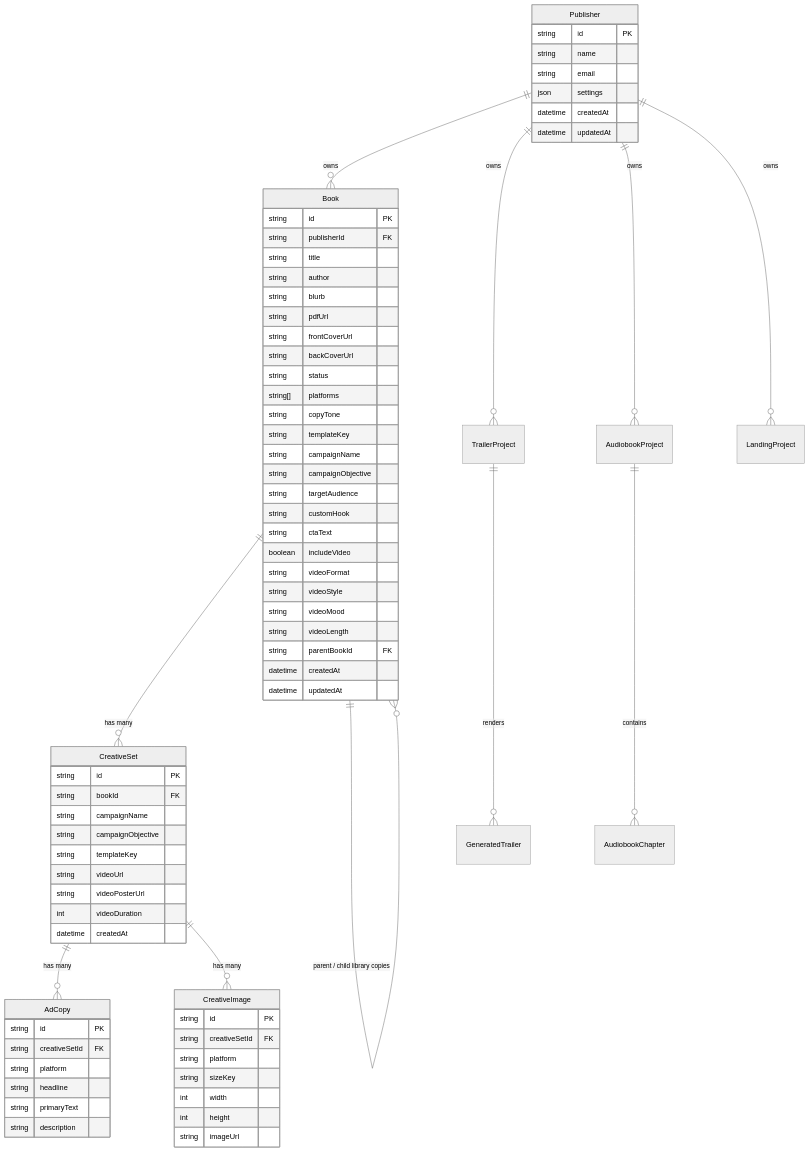
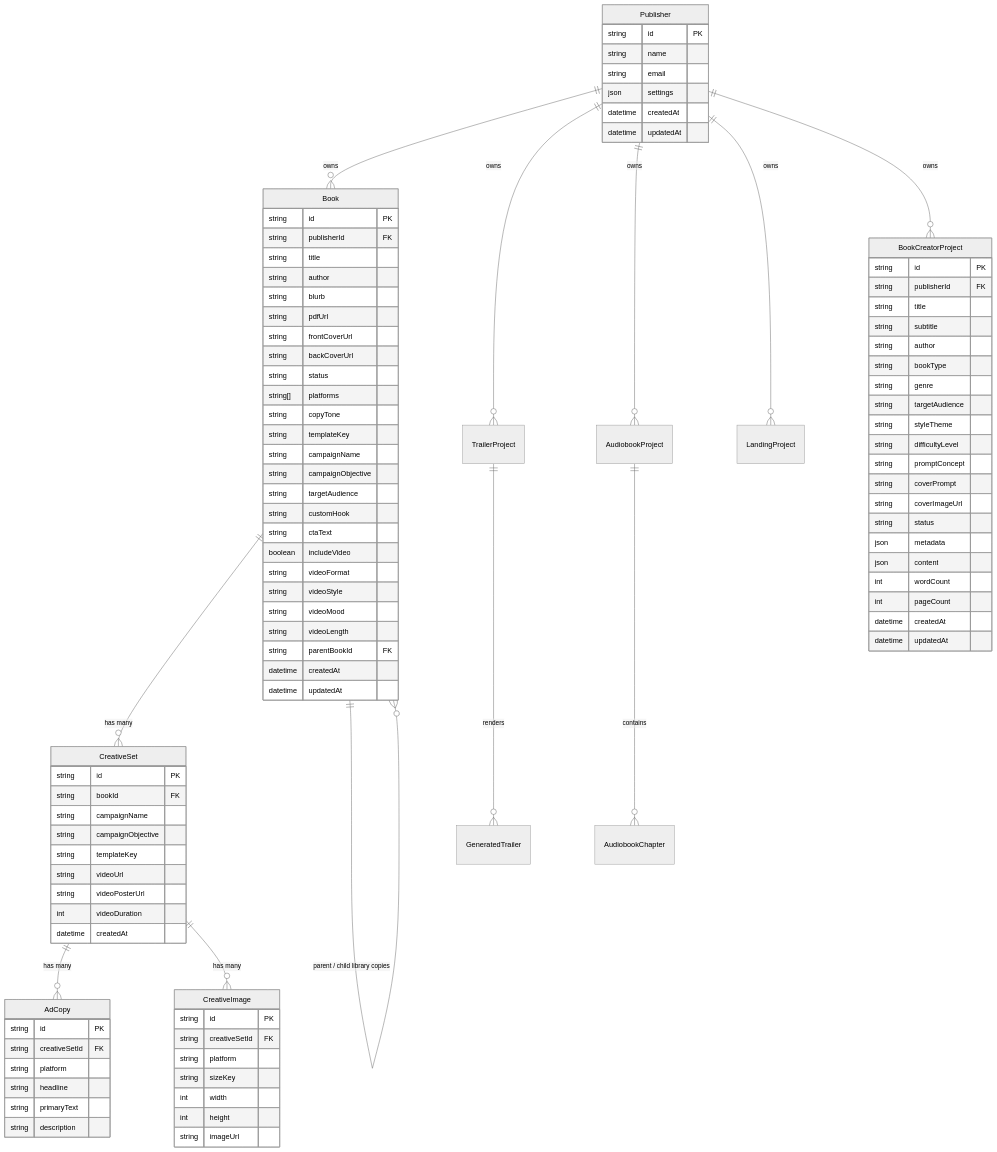
One commit to Vijendrapratap/Publisher_toolkit changed the fifth of 5 diagrams in ARCHITECTURE_AND_FEATURES.md. Above: the diagram before and after it, drawn with Mermaid (neutral theme). The commit also changed other lines of this file and 24 other files, not shown here.

Commit message:
feat: add Create Your Book module, remove trailer from home page, support children stories, coloring books, word games, and chapter-by-chapter novels

```diff
--- a/ARCHITECTURE_AND_FEATURES.md
+++ b/ARCHITECTURE_AND_FEATURES.md
@@ -444,6 +514,7 @@
     Publisher ||--o{ TrailerProject : "owns"
     Publisher ||--o{ AudiobookProject : "owns"
     Publisher ||--o{ LandingProject : "owns"
+    Publisher ||--o{ BookCreatorProject : "owns"
 
     Book ||--o{ CreativeSet : "has many"
     Book ||--o{ Book : "parent / child library copies"
@@ -459,6 +530,29 @@
         string name
         string email
         json settings
+        datetime createdAt
+        datetime updatedAt
+    }
+
+    BookCreatorProject {
+        string id PK
+        string publisherId FK
+        string title
+        string subtitle
+        string author
+        string bookType
+        string genre
+        string targetAudience
+        string styleTheme
+        string difficultyLevel
+        string promptConcept
+        string coverPrompt
+        string coverImageUrl
+        string status
+        json metadata
+        json content
+        int wordCount
+        int pageCount
         datetime createdAt
         datetime updatedAt
     }
```
